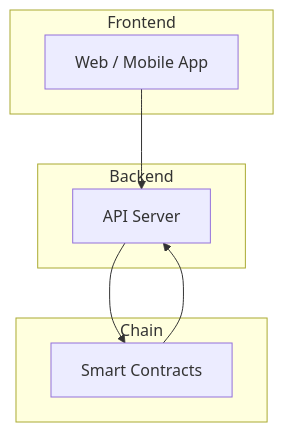
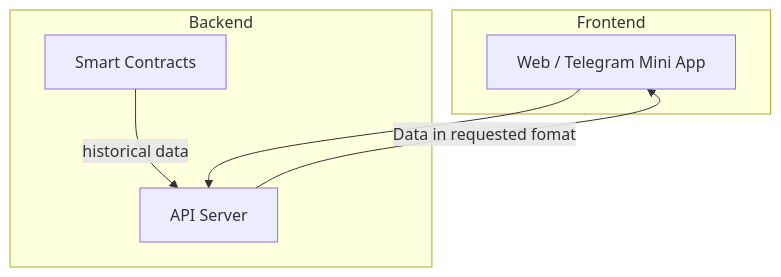
One commit to rends-east/defi-debil changed the first of 2 diagrams in docs/TECHNICAL.md. Above: the diagram before and after it, drawn with Mermaid. The commit also changed other lines of this file and 2 other files, not shown here.

````diff
--- a/docs/TECHNICAL.md
+++ b/docs/TECHNICAL.md
@@ -19,15 +17,17 @@
 ```mermaid
 flowchart TB
     subgraph Frontend
-        UI[Web / Mobile App]
+        UI[Web / Telegram Mini App]
     end
+
     subgraph Backend
         API[API Server]
+        SC[Smart Contracts]
+        SC -->|historical data| API
     end
-    subgraph Chain
-        SC[Smart Contracts]
-    end
+
     UI --> API
-    API --> SC
-    SC --> API
+    API -->|Data in requested fomat| UI
+
+
 ```
````
